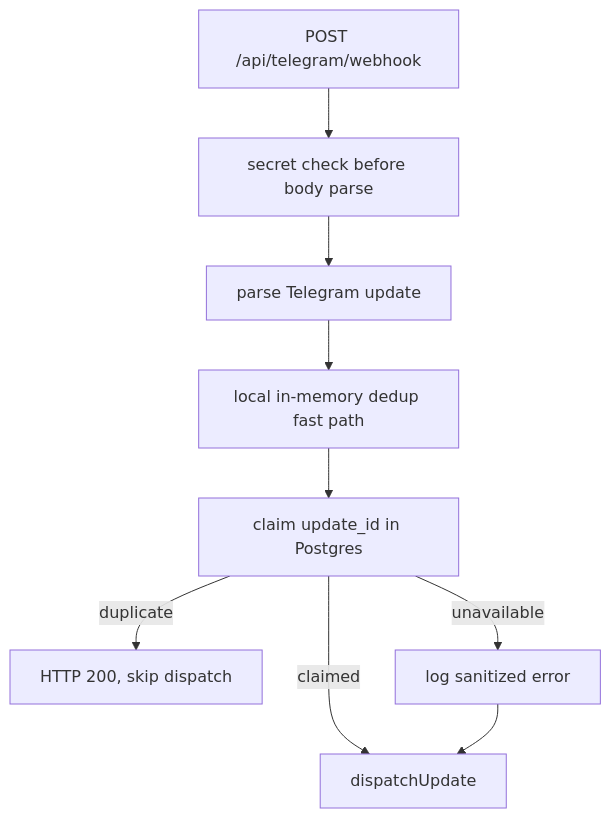
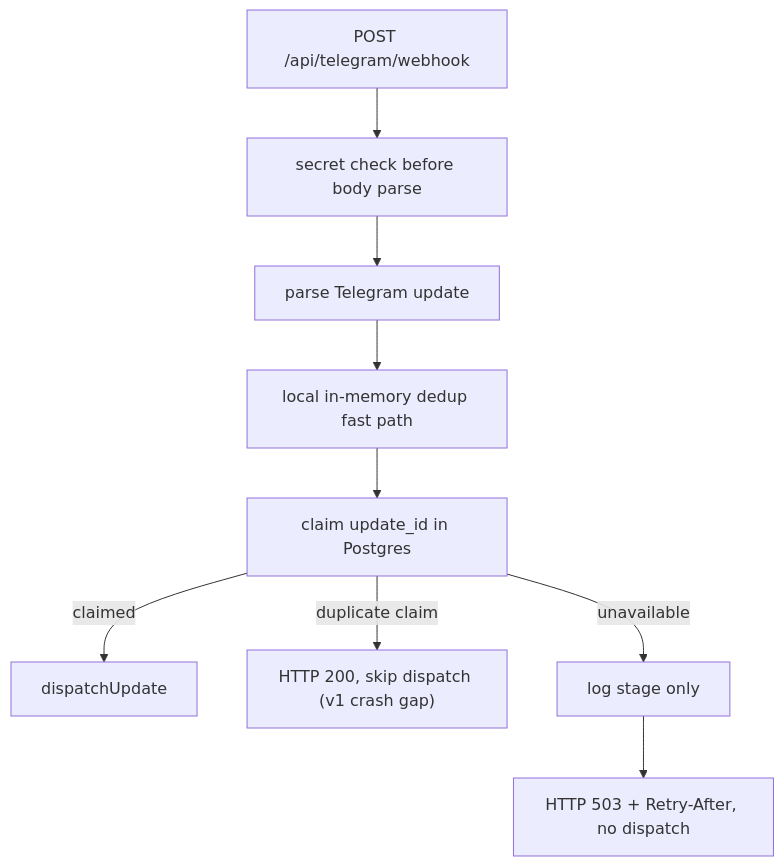
The second of 2 diagrams in .kiro/specs/telegram-webhook-shared-dedup-v1/design.md (Web-pixel-creator/Scam-guard-Main), drawn with Mermaid before and after one commit. The commit also changed other lines of this file and 126 other files, not shown here.

````diff
--- a/.kiro/specs/telegram-webhook-shared-dedup-v1/design.md
+++ b/.kiro/specs/telegram-webhook-shared-dedup-v1/design.md
@@ -11,11 +42,11 @@
 ```mermaid
 flowchart TD
   A["POST /api/telegram/webhook"] --> B["secret check before body parse"]
   B --> C["parse Telegram update"]
   C --> D["local in-memory dedup fast path"]
   D --> E["claim update_id in Postgres"]
   E -->|claimed| F["dispatchUpdate"]
-  E -->|duplicate| G["HTTP 200, skip dispatch"]
-  E -->|unavailable| H["log sanitized error"]
-  H --> F
+  E -->|duplicate claim| G["HTTP 200, skip dispatch (v1 crash gap)"]
+  E -->|unavailable| H["log stage only"]
+  H --> I["HTTP 503 + Retry-After, no dispatch"]
 ```
````
